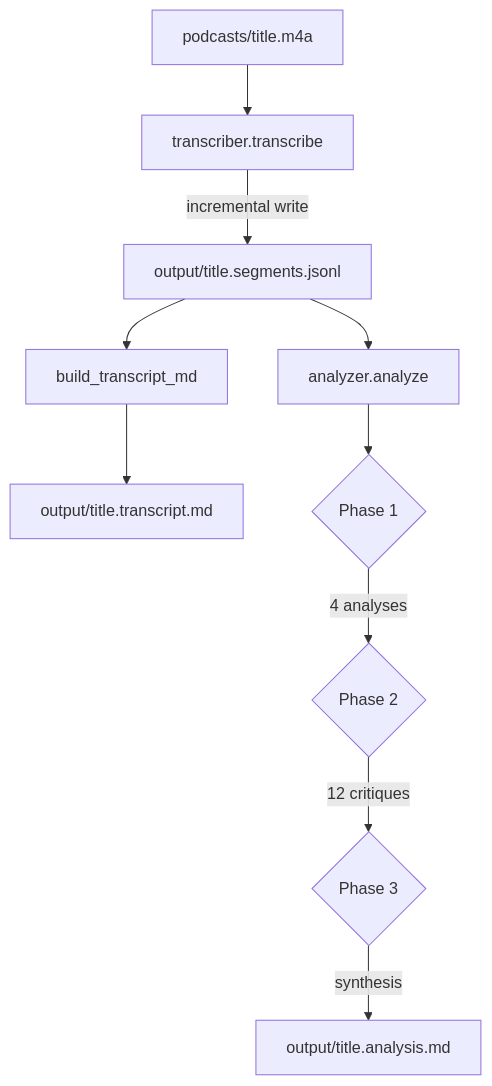
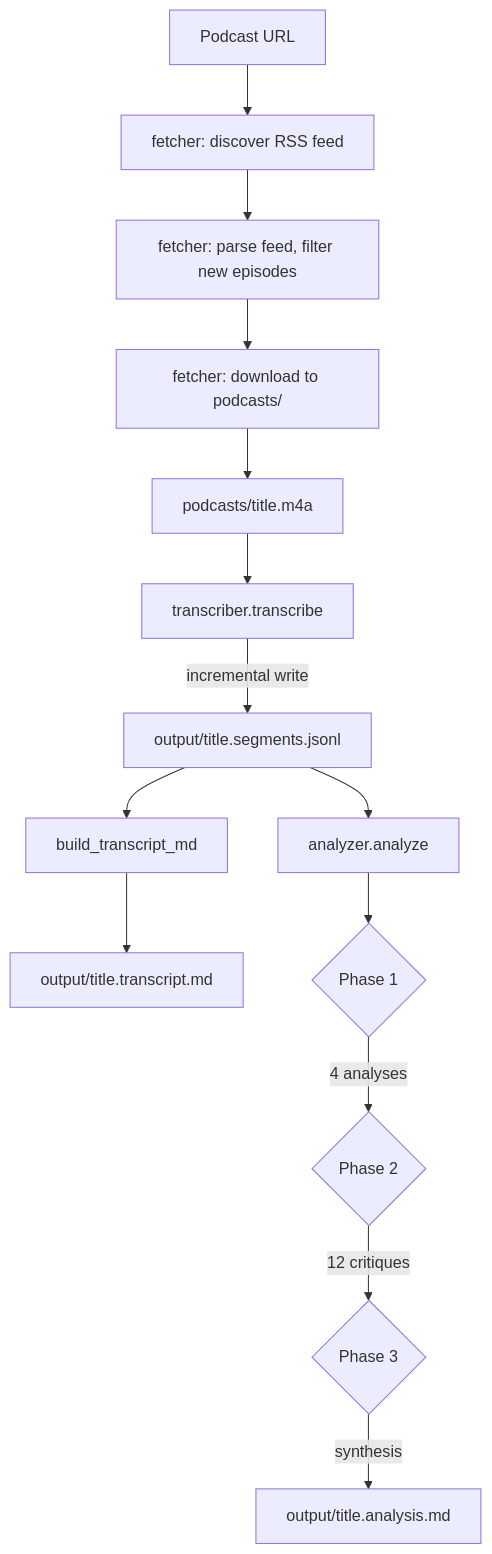
Before and after one commit to rondilley/podcastorum: the fifth of 7 diagrams in doc/ARCHITECTURE.md, drawn with Mermaid. The commit also changed other lines of this file and 7 other files, not shown here.

Commit message:
Added podcast fetcher

````diff
--- a/doc/ARCHITECTURE.md
+++ b/doc/ARCHITECTURE.md
@@ -105,12 +141,16 @@
 ```mermaid
 graph TD
+    P[Podcast URL] --> Q[fetcher: discover RSS feed]
+    Q --> R[fetcher: parse feed, filter new episodes]
+    R --> S[fetcher: download to podcasts/]
+    S --> A
     A[podcasts/title.m4a] --> B[transcriber.transcribe]
     B -->|incremental write| C[output/title.segments.jsonl]
     C --> D[build_transcript_md]
     D --> E[output/title.transcript.md]
     C --> F[analyzer.analyze]
     F --> G{Phase 1}
     G -->|4 analyses| H{Phase 2}
     H -->|12 critiques| I{Phase 3}
     I -->|synthesis| J[output/title.analysis.md]
 ```
````
